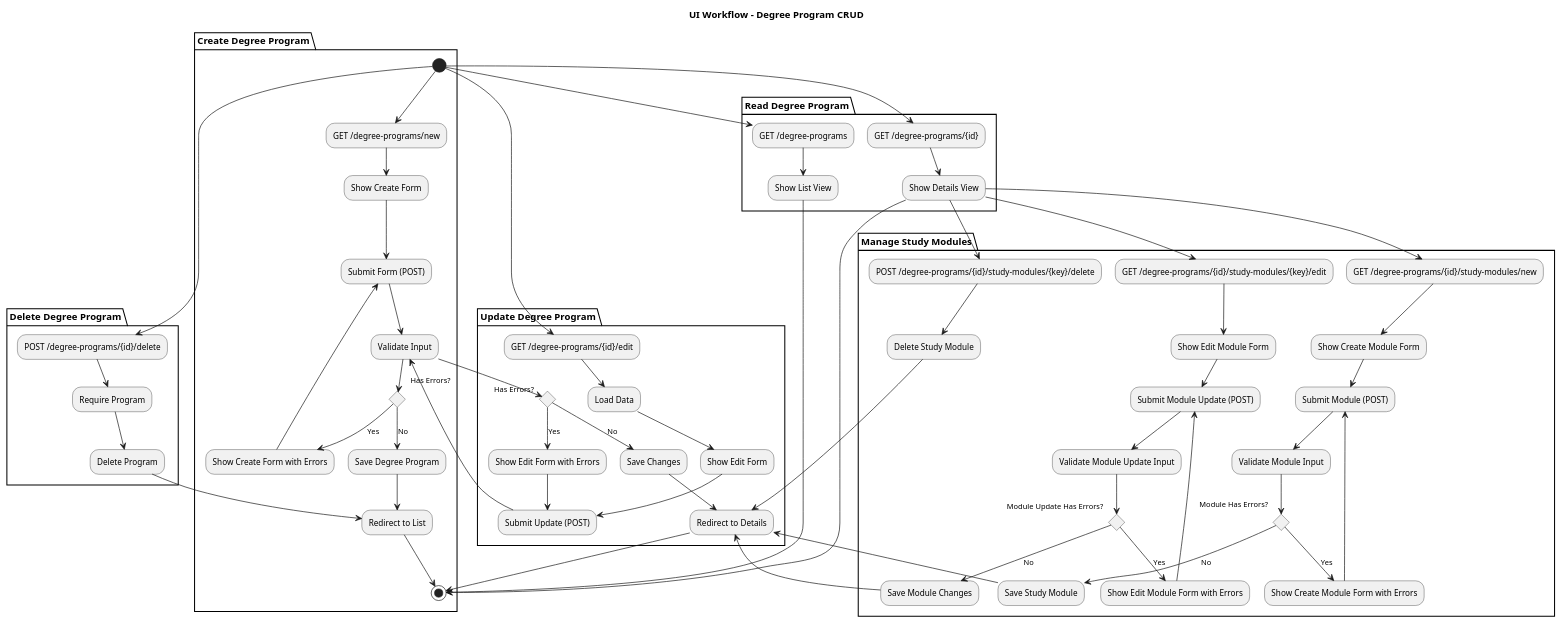
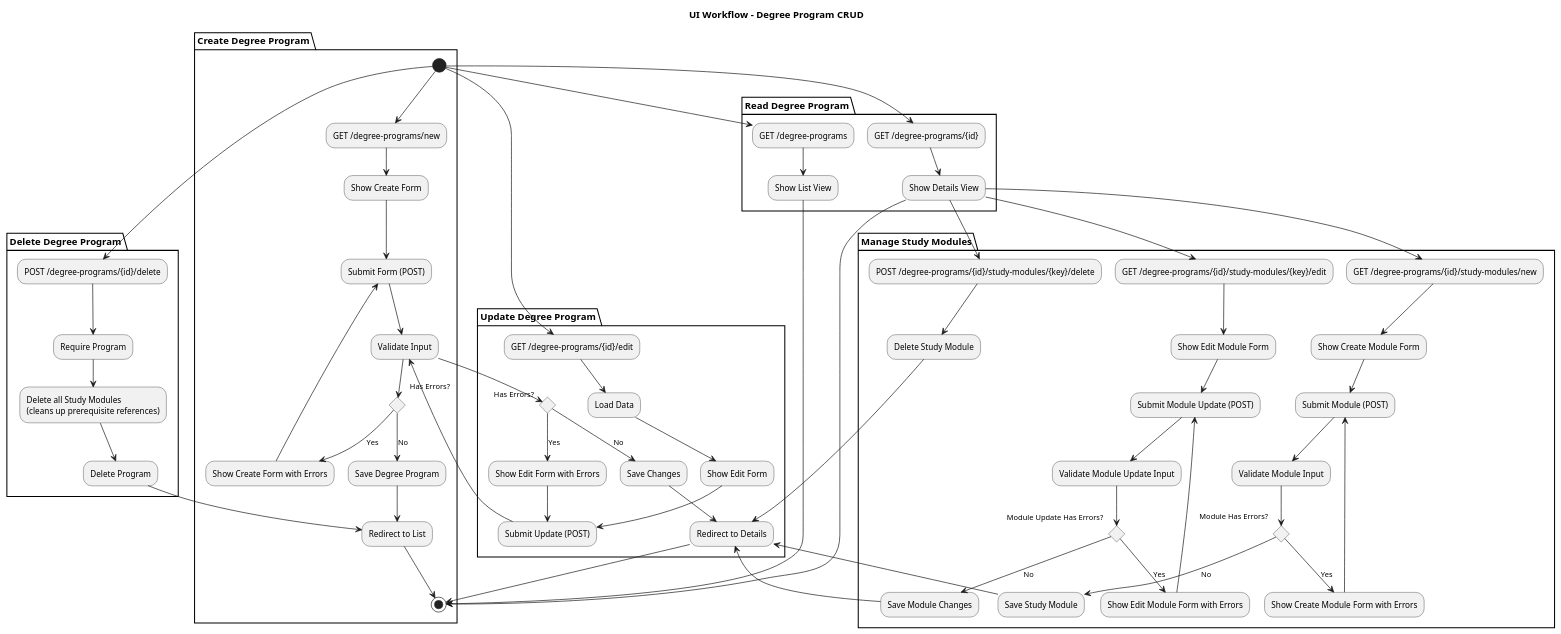
Before and after one commit to Ginimo/Studyplanner: the diagram in docs/diagrams/ui_workflow.puml, drawn with PlantUML. The commit also changed 25 other files, not shown here.

Commit message:
add javadocs, update schedule algorithm, update diagrams

```diff
--- a/docs/diagrams/ui_workflow.puml
+++ b/docs/diagrams/ui_workflow.puml
@@ -1,83 +1,84 @@
 @startuml
 skinparam style strictuml
 title UI Workflow - Degree Program CRUD
 
 partition "Create Degree Program" {
     (*) --> "GET /degree-programs/new"
     "GET /degree-programs/new" --> "Show Create Form"
     "Show Create Form" --> "Submit Form (POST)"
     "Submit Form (POST)" --> "Validate Input"
     if "Has Errors?" then
         -->[Yes] "Show Create Form with Errors"
         "Show Create Form with Errors" --> "Submit Form (POST)"
     else
         -->[No] "Save Degree Program"
         "Save Degree Program" --> "Redirect to List"
         "Redirect to List" --> (*)
     endif
 }
 
 partition "Read Degree Program" {
     (*) --> "GET /degree-programs"
     "GET /degree-programs" --> "Show List View"
     "Show List View" --> (*)
     
     (*) --> "GET /degree-programs/{id}"
     "GET /degree-programs/{id}" --> "Show Details View"
     "Show Details View" --> (*)
 }
 
 partition "Update Degree Program" {
     (*) --> "GET /degree-programs/{id}/edit"
     "GET /degree-programs/{id}/edit" --> "Load Data"
     "Load Data" --> "Show Edit Form"
     "Show Edit Form" --> "Submit Update (POST)"
     "Submit Update (POST)" --> "Validate Input"
     if "Has Errors?" then
         -->[Yes] "Show Edit Form with Errors"
         "Show Edit Form with Errors" --> "Submit Update (POST)"
     else
         -->[No] "Save Changes"
         "Save Changes" --> "Redirect to Details"
         "Redirect to Details" --> (*)
     endif
 }
 
 partition "Delete Degree Program" {
     (*) --> "POST /degree-programs/{id}/delete"
     "POST /degree-programs/{id}/delete" --> "Require Program"
-    "Require Program" --> "Delete Program"
+    "Require Program" --> "Delete all Study Modules\n(cleans up prerequisite references)"
+    "Delete all Study Modules\n(cleans up prerequisite references)" --> "Delete Program"
     "Delete Program" --> "Redirect to List"
 }
 
 partition "Manage Study Modules" {
     "Show Details View" --> "GET /degree-programs/{id}/study-modules/new"
     "GET /degree-programs/{id}/study-modules/new" --> "Show Create Module Form"
     "Show Create Module Form" --> "Submit Module (POST)"
     "Submit Module (POST)" --> "Validate Module Input"
     if "Module Has Errors?" then
         -->[Yes] "Show Create Module Form with Errors"
         "Show Create Module Form with Errors" --> "Submit Module (POST)"
     else
         -->[No] "Save Study Module"
         "Save Study Module" --> "Redirect to Details"
     endif
 
     "Show Details View" --> "GET /degree-programs/{id}/study-modules/{key}/edit"
     "GET /degree-programs/{id}/study-modules/{key}/edit" --> "Show Edit Module Form"
     "Show Edit Module Form" --> "Submit Module Update (POST)"
     "Submit Module Update (POST)" --> "Validate Module Update Input"
     if "Module Update Has Errors?" then
         -->[Yes] "Show Edit Module Form with Errors"
         "Show Edit Module Form with Errors" --> "Submit Module Update (POST)"
     else
         -->[No] "Save Module Changes"
         "Save Module Changes" --> "Redirect to Details"
     endif
 
     "Show Details View" --> "POST /degree-programs/{id}/study-modules/{key}/delete"
     "POST /degree-programs/{id}/study-modules/{key}/delete" --> "Delete Study Module"
     "Delete Study Module" --> "Redirect to Details"
 }
 
 @enduml
```
